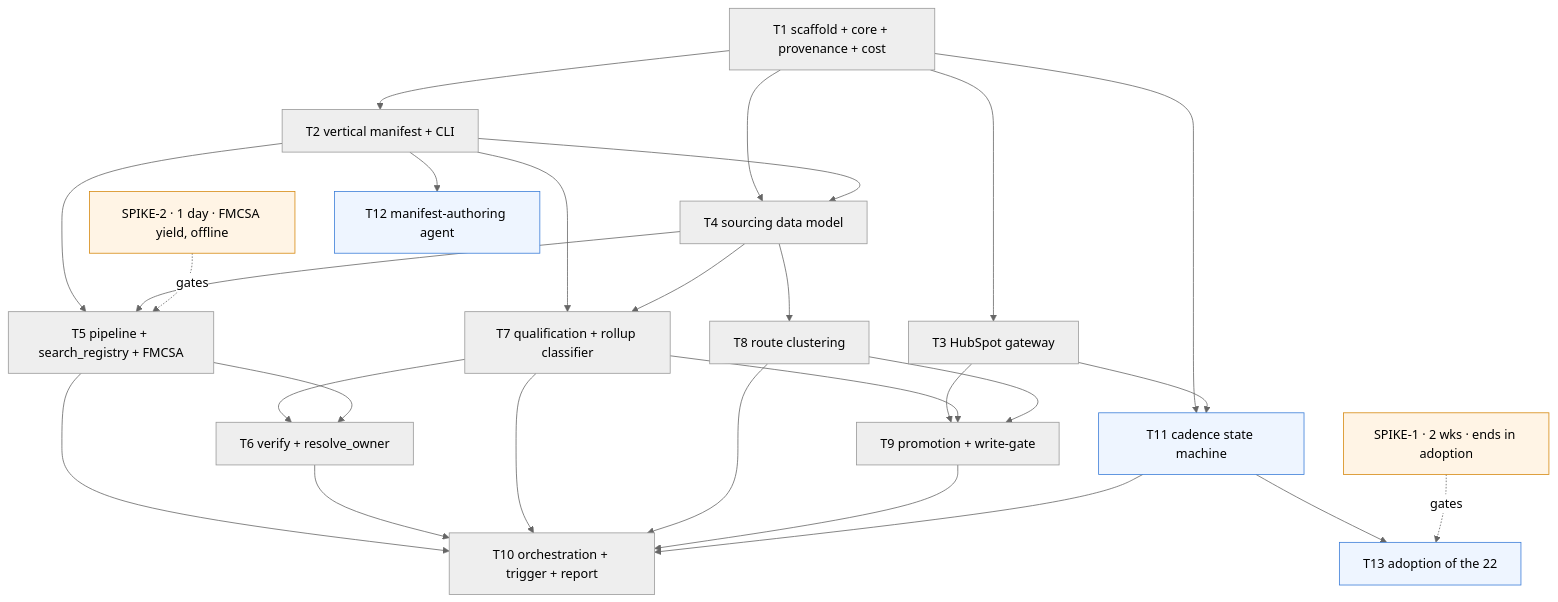
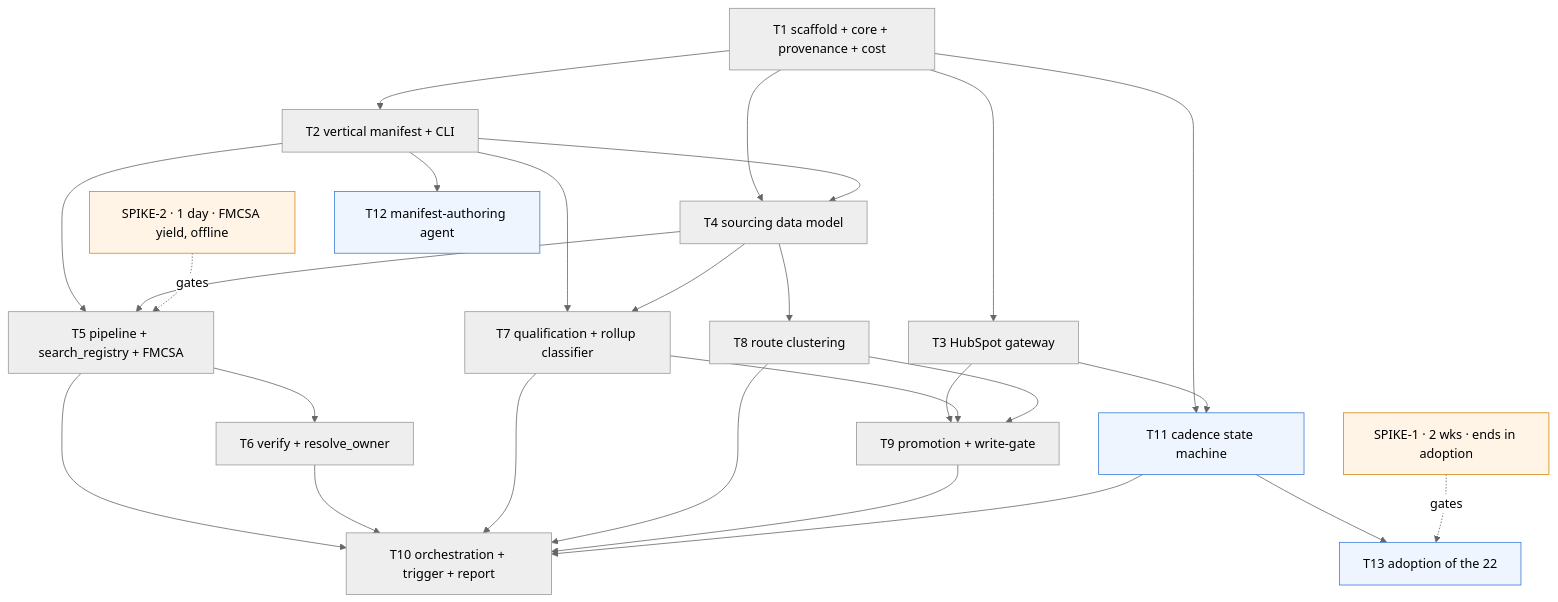
Before and after one commit to sandeepjunaghare/my-dynamous-muse: the diagram in agentic-course-2.0/my-example-app/docs/tickets/local-prospect-engine.md, drawn with Mermaid (neutral theme). The commit also changed other lines of this file and 3 other files, not shown here.

````diff
--- a/agentic-course-2.0/my-example-app/docs/tickets/local-prospect-engine.md
+++ b/agentic-course-2.0/my-example-app/docs/tickets/local-prospect-engine.md
@@ -277,50 +289,49 @@
 ```mermaid
 graph TD
   S1[SPIKE-1 · 2 wks · ends in adoption]:::spike
   S2[SPIKE-2 · 1 day · FMCSA yield, offline]:::spike
 
   T1[T1 scaffold + core + provenance + cost]
   T2[T2 vertical manifest + CLI]
   T3[T3 HubSpot gateway]
   T4[T4 sourcing data model]
   T5[T5 pipeline + search_registry + FMCSA]
   T6[T6 verify + resolve_owner]
   T7[T7 qualification + rollup classifier]
   T8[T8 route clustering]
   T9[T9 promotion + write-gate]
   T11[T11 cadence state machine]:::new
   T12[T12 manifest-authoring agent]:::new
   T13[T13 adoption of the 22]:::new
   T10[T10 orchestration + trigger + report]
 
   T1 --> T2
   T1 --> T3
   T1 --> T4
   T2 --> T4
   T2 --> T5
   T4 --> T5
   T2 --> T7
   T4 --> T7
-  T7 --> T6
   T5 --> T6
   T4 --> T8
   T3 --> T9
   T7 --> T9
   T8 --> T9
   T2 --> T12
   T1 --> T11
   T3 --> T11
   T11 --> T13
   T5 --> T10
   T6 --> T10
   T7 --> T10
   T8 --> T10
   T9 --> T10
   T11 --> T10
 
   S2 -.gates.-> T5
   S1 -.gates.-> T13
 
   classDef spike fill:#fff4e5,stroke:#d68910;
   classDef new fill:#eef5ff,stroke:#3b7dd8;
 ```
````
